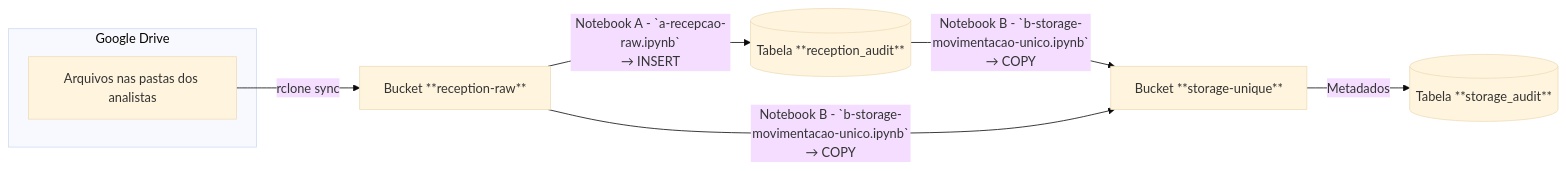
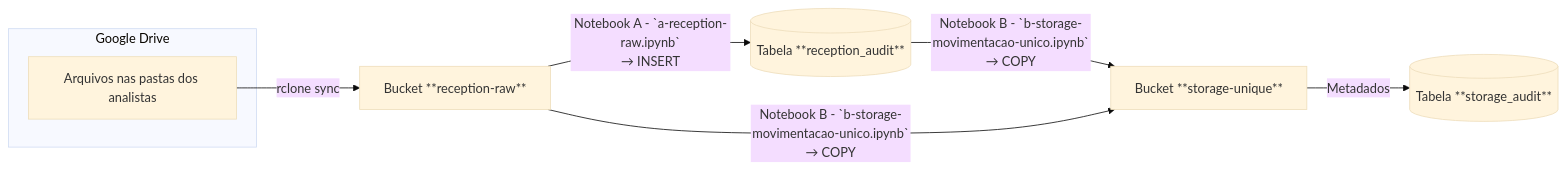
Before and after one commit to WRMELO/INFRAESTRUTURA: the diagram in cofre/pipeline_documentation.md, drawn with Mermaid (base theme). The commit also changed other lines of this file and 12 other files, not shown here.

````diff
--- a/cofre/pipeline_documentation.md
+++ b/cofre/pipeline_documentation.md
@@ -10,10 +10,10 @@
 ```mermaid
 flowchart LR
     subgraph Google Drive
         A[Arquivos nas pastas dos analistas]
     end
     A -->|rclone sync| B[Bucket **reception‑raw**]
-    B -->|Notebook A - `a-recepcao-raw.ipynb`<br>→ INSERT| C[(Tabela **reception_audit**)]
+    B -->|Notebook A - `a-reception-raw.ipynb`<br>→ INSERT| C[(Tabela **reception_audit**)]
     C & B -->|Notebook B - `b-storage-movimentacao-unico.ipynb`<br>→ COPY| D[Bucket **storage‑unique**]
     D -->|Metadados| E[(Tabela **storage_audit**)]
 ```
````
